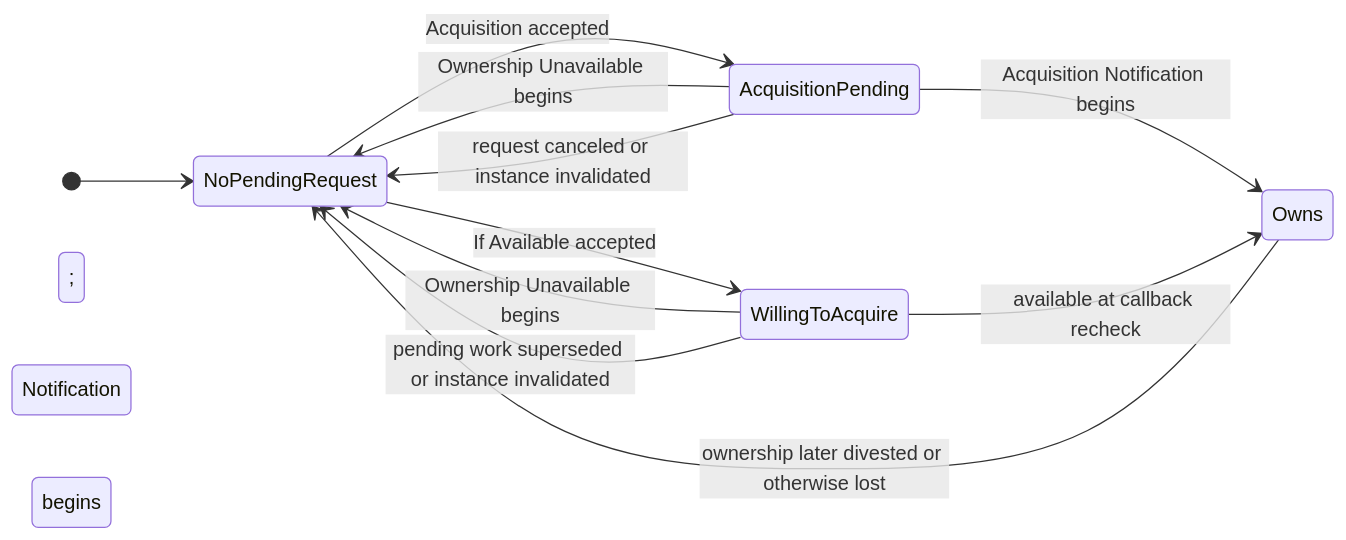
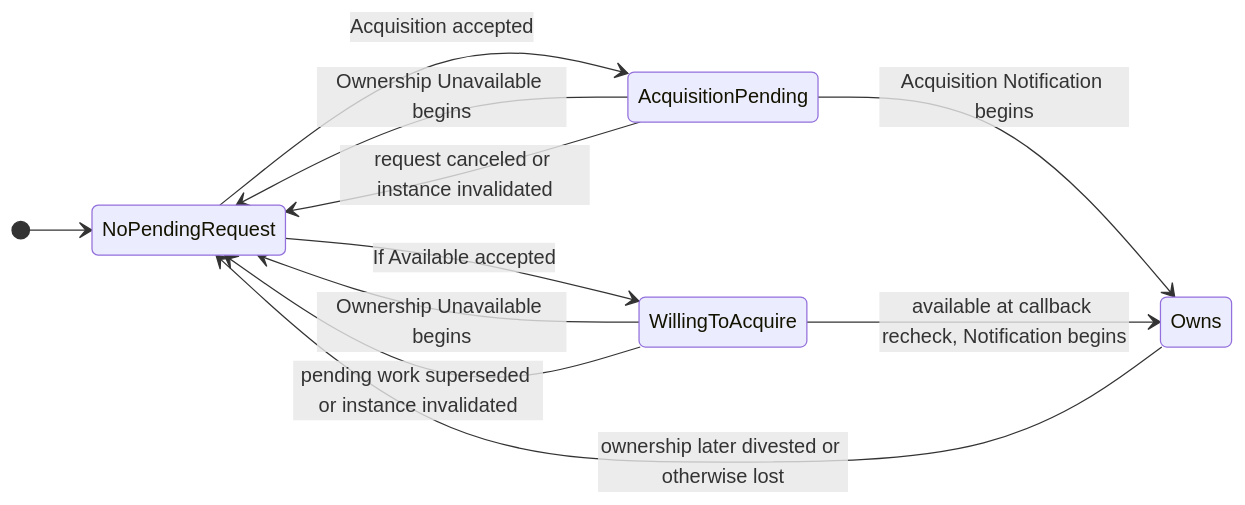
The first of 8 diagrams in docs/design/HLA-2025-ATTRIBUTE-OWNERSHIP-FLOW-GUIDE.md (sheepfling/umbra), drawn with Mermaid before and after one commit. The commit also changed other lines of this file and 72 other files, not shown here.

````diff
--- a/docs/design/HLA-2025-ATTRIBUTE-OWNERSHIP-FLOW-GUIDE.md
+++ b/docs/design/HLA-2025-ATTRIBUTE-OWNERSHIP-FLOW-GUIDE.md
@@ -64,14 +64,14 @@
 ```mermaid
 stateDiagram-v2
   direction LR
   [*] --> NoPendingRequest
   NoPendingRequest --> AcquisitionPending: Acquisition accepted
   NoPendingRequest --> WillingToAcquire: If Available accepted
   AcquisitionPending --> Owns: Acquisition Notification begins
-  WillingToAcquire --> Owns: available at callback recheck; Notification begins
+  WillingToAcquire --> Owns: available at callback recheck, Notification begins
   AcquisitionPending --> NoPendingRequest: Ownership Unavailable begins
   WillingToAcquire --> NoPendingRequest: Ownership Unavailable begins
   AcquisitionPending --> NoPendingRequest: request canceled or instance invalidated
   WillingToAcquire --> NoPendingRequest: pending work superseded or instance invalidated
   Owns --> NoPendingRequest: ownership later divested or otherwise lost
 ```
````
